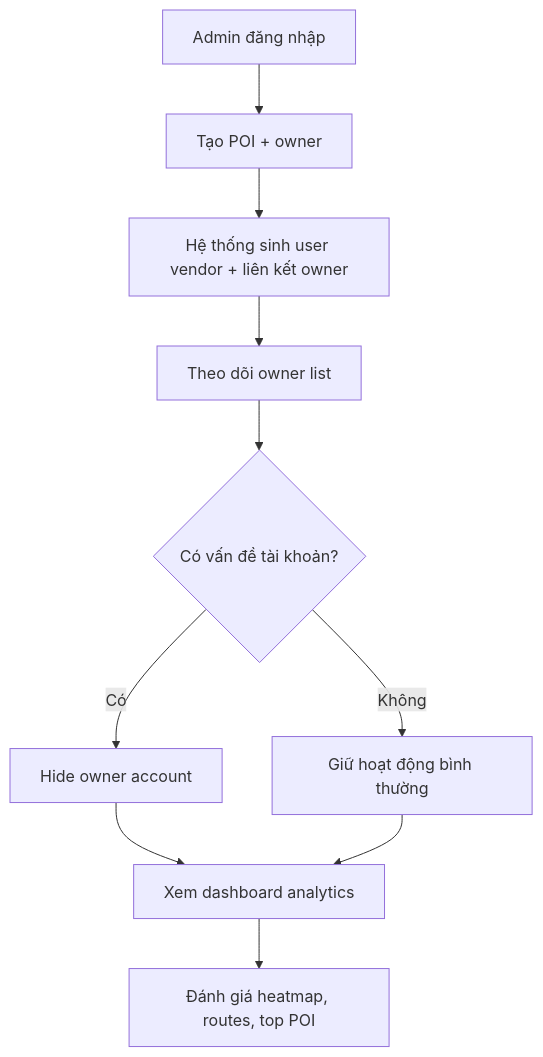
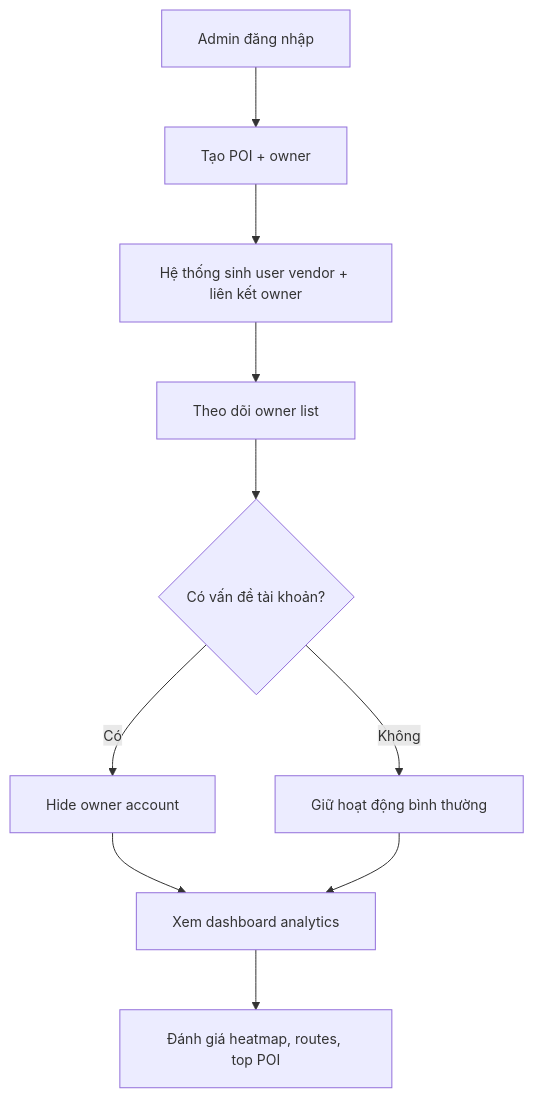
One commit to NguyenPhuc-Du/StreetFood changed diagram 21 of 27 in prd.md. Above: the diagram before and after it, drawn with Mermaid. The commit also changed other lines of this file, not shown here.

````diff
--- a/prd.md
+++ b/prd.md
@@ -719,12 +938,13 @@
 ```mermaid
+%%{init: {'themeVariables': {'fontSize': '14px'}, 'flowchart': {'nodeSpacing': 60, 'rankSpacing': 60, 'padding': 18, 'htmlLabels': true}}}%%
 flowchart TD
     C0[Admin đăng nhập] --> C1[Tạo POI + owner]
     C1 --> C2[Hệ thống sinh user vendor + liên kết owner]
     C2 --> C3[Theo dõi owner list]
     C3 --> C4{Có vấn đề tài khoản?}
     C4 -- Có --> C5[Hide owner account]
     C4 -- Không --> C6[Giữ hoạt động bình thường]
     C5 --> C7[Xem dashboard analytics]
     C6 --> C7
     C7 --> C8[Đánh giá heatmap, routes, top POI]
 ```
````
